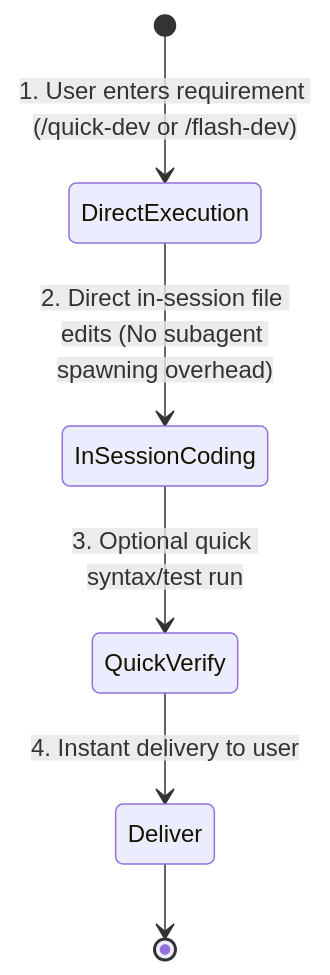
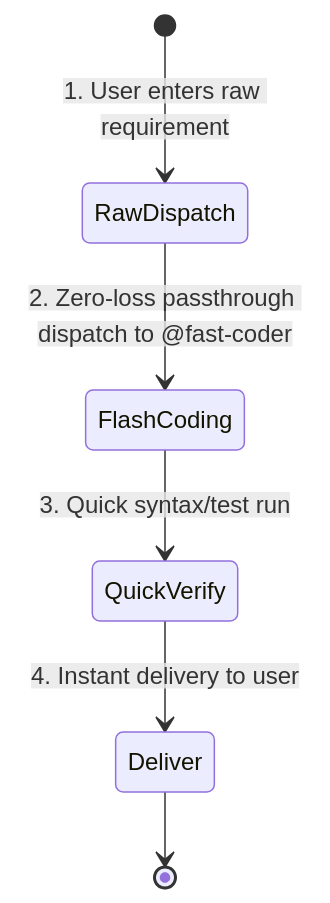
One commit to kenlin8827/opencode-config changed the diagram in plugins/quick-dev/quick-dev.md. Above: the diagram before and after it, drawn with Mermaid. The commit also changed other lines of this file and 40 other files, not shown here.

````diff
--- a/plugins/quick-dev/quick-dev.md
+++ b/plugins/quick-dev/quick-dev.md
@@ -11,8 +11,8 @@
 ```mermaid
 stateDiagram-v2
-    [*] --> DirectExecution: 1. User enters requirement (/quick-dev or /flash-dev)
-    DirectExecution --> InSessionCoding: 2. Direct in-session file edits (No subagent spawning overhead)
-    InSessionCoding --> QuickVerify: 3. Optional quick syntax/test run
+    [*] --> RawDispatch: 1. User enters raw requirement
+    RawDispatch --> FlashCoding: 2. Zero-loss passthrough dispatch to @fast-coder
+    FlashCoding --> QuickVerify: 3. Quick syntax/test run
     QuickVerify --> Deliver: 4. Instant delivery to user
     Deliver --> [*]
 ```
````
